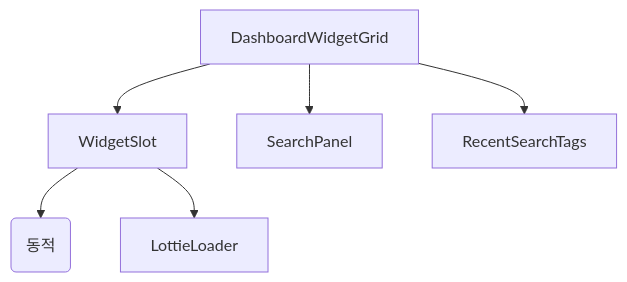
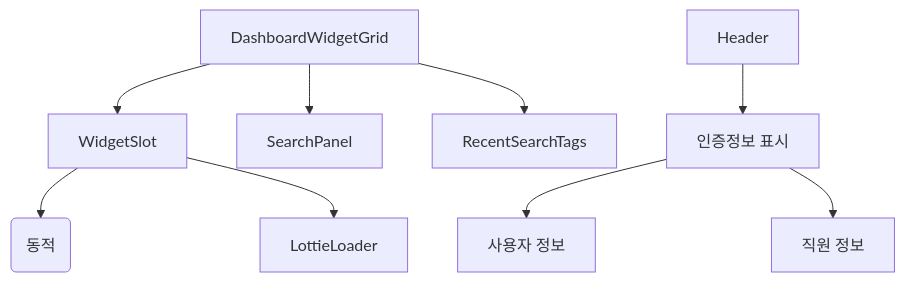
One commit to Ywlabs/ywlabaitest changed the first of 3 diagrams in memory-bank/systemPatterns.md. Above: the diagram before and after it, drawn with Mermaid. The commit also changed other lines of this file and 4 other files, not shown here.

````diff
--- a/memory-bank/systemPatterns.md
+++ b/memory-bank/systemPatterns.md
@@ -37,8 +43,11 @@
 ```mermaid
 graph TD
     DashboardWidgetGrid --> WidgetSlot
     WidgetSlot --> EnergyWidget(동적)
     DashboardWidgetGrid --> SearchPanel
     DashboardWidgetGrid --> RecentSearchTags
     WidgetSlot --> LottieLoader
+    Header --> AuthInfo[인증정보 표시]
+    AuthInfo --> UserInfo[사용자 정보]
+    AuthInfo --> EmployeeInfo[직원 정보]
 ```
````
